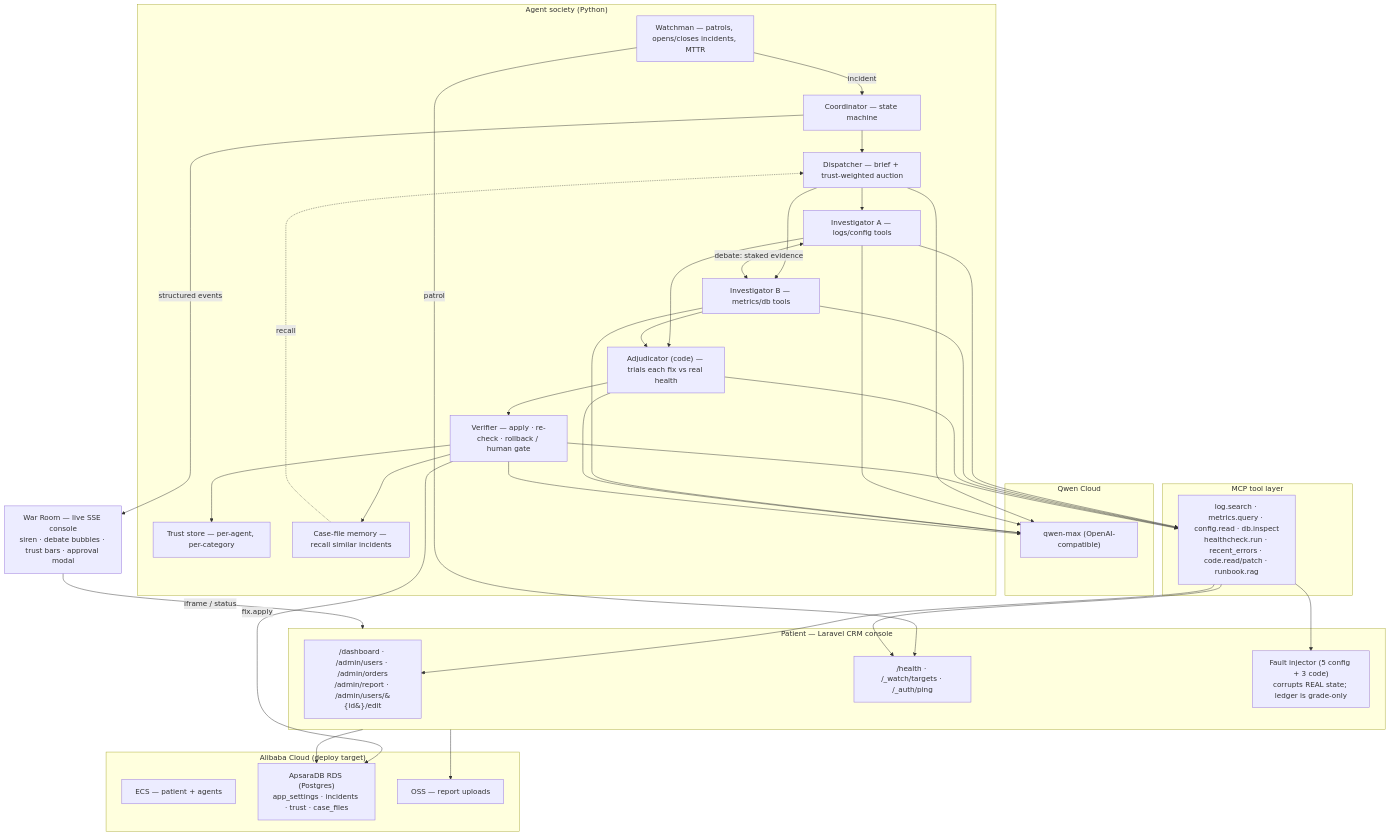
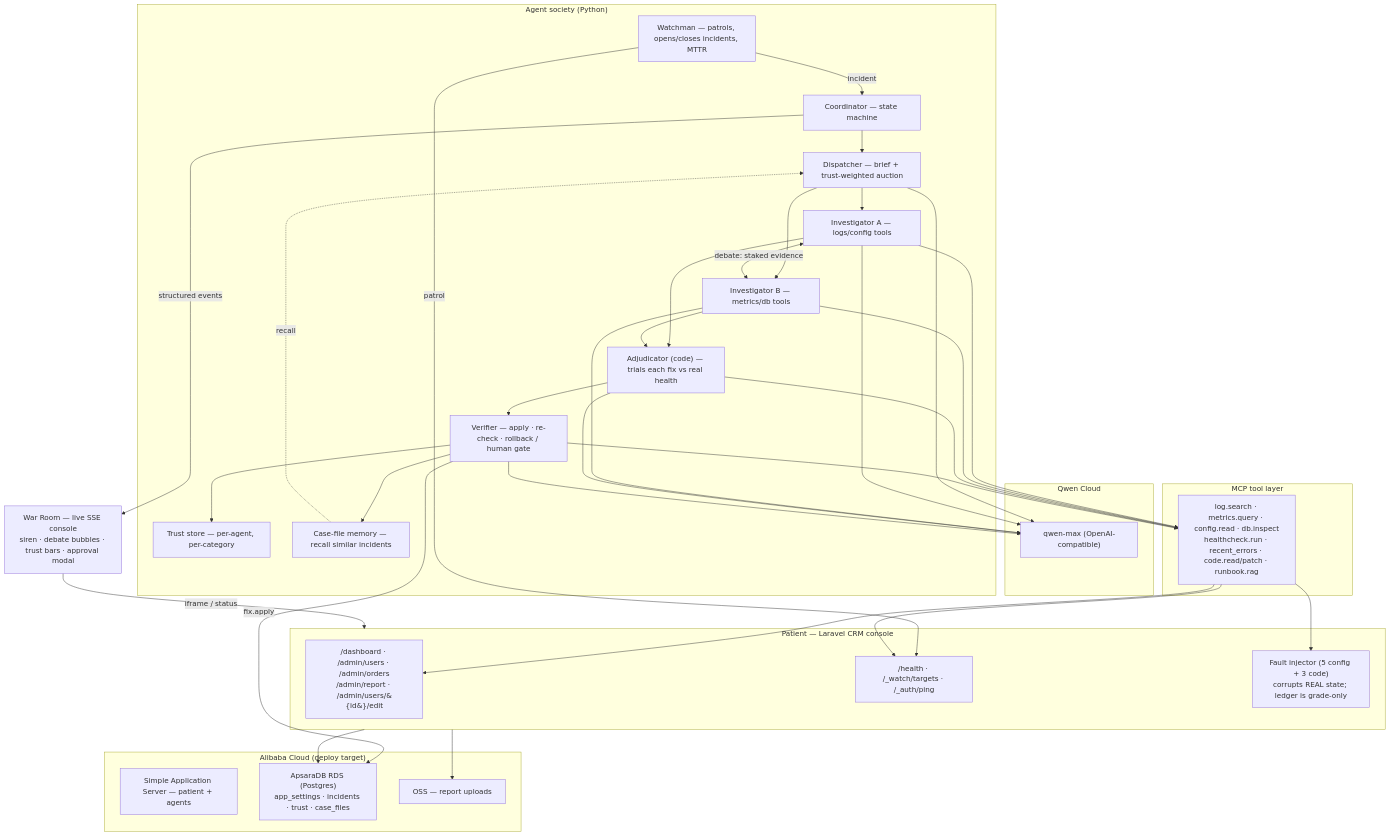
One commit to bilalhassan-567/mayday-agent-society changed the diagram in docs/architecture.md. Above: the diagram before and after it, drawn with Mermaid. The commit also changed other lines of this file and 2 other files, not shown here.

Commit message:
Correct ECS to SAS in architecture docs, add rendered architecture diagram PNG

````diff
--- a/docs/architecture.md
+++ b/docs/architecture.md
@@ -3,53 +3,53 @@
 ```mermaid
 flowchart TB
     subgraph Cloud["Qwen Cloud"]
         QWEN["qwen-max (OpenAI-compatible)"]
     end
 
     subgraph Alibaba["Alibaba Cloud (deploy target)"]
-        ECS["ECS — patient + agents"]
+        SAS["Simple Application Server — patient + agents"]
         RDS["ApsaraDB RDS (Postgres)<br/>app_settings · incidents · trust · case_files"]
         OSS["OSS — report uploads"]
     end
 
     subgraph Patient["Patient — Laravel CRM console"]
         PAGES["/dashboard · /admin/users · /admin/orders<br/>/admin/report · /admin/users/&#123;id&#125;/edit"]
         HEALTH["/health · /_watch/targets · /_auth/ping"]
         INJ["Fault injector (5 config + 3 code)<br/>corrupts REAL state; ledger is grade-only"]
     end
 
     subgraph Society["Agent society (Python)"]
         WATCH["Watchman — patrols, opens/closes incidents, MTTR"]
         COORD["Coordinator — state machine"]
         DISP["Dispatcher — brief + trust-weighted auction"]
         INVA["Investigator A — logs/config tools"]
         INVB["Investigator B — metrics/db tools"]
         ADJ["Adjudicator (code) — trials each fix vs real health"]
         VERIF["Verifier — apply · re-check · rollback / human gate"]
         TRUST["Trust store — per-agent, per-category"]
         MEM["Case-file memory — recall similar incidents"]
     end
 
     subgraph Tools["MCP tool layer"]
         T["log.search · metrics.query · config.read · db.inspect<br/>healthcheck.run · recent_errors · code.read/patch · runbook.rag"]
     end
 
     WAR["War Room — live SSE console<br/>siren · debate bubbles · trust bars · approval modal"]
 
     WATCH -->|patrol| HEALTH
     WATCH -->|incident| COORD
     COORD --> DISP --> INVA & INVB
     INVA <-->|debate: staked evidence| INVB
     INVA & INVB --> ADJ --> VERIF
     VERIF --> TRUST
     VERIF --> MEM
     MEM -.recall.-> DISP
     DISP & INVA & INVB & ADJ & VERIF --> QWEN
     INVA & INVB & ADJ & VERIF --> T
     T --> PAGES & HEALTH & INJ
     VERIF -->|fix.apply| RDS
     Patient --> RDS
     Patient --> OSS
     COORD -->|structured events| WAR
     WAR -->|iframe / status| Patient
 ```
````
